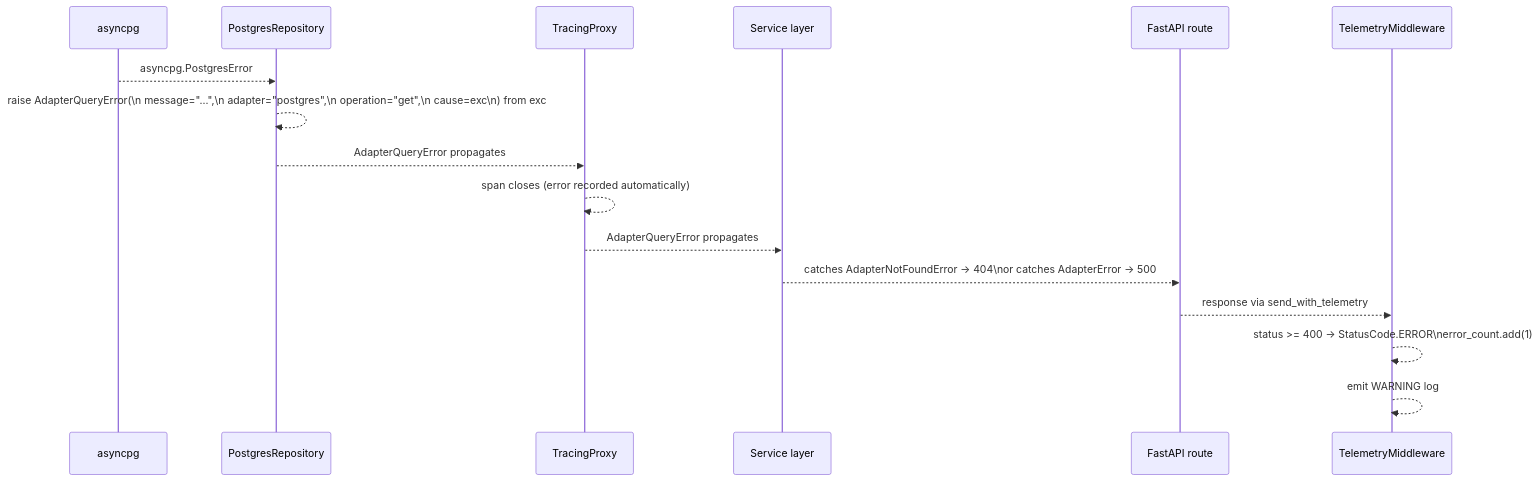
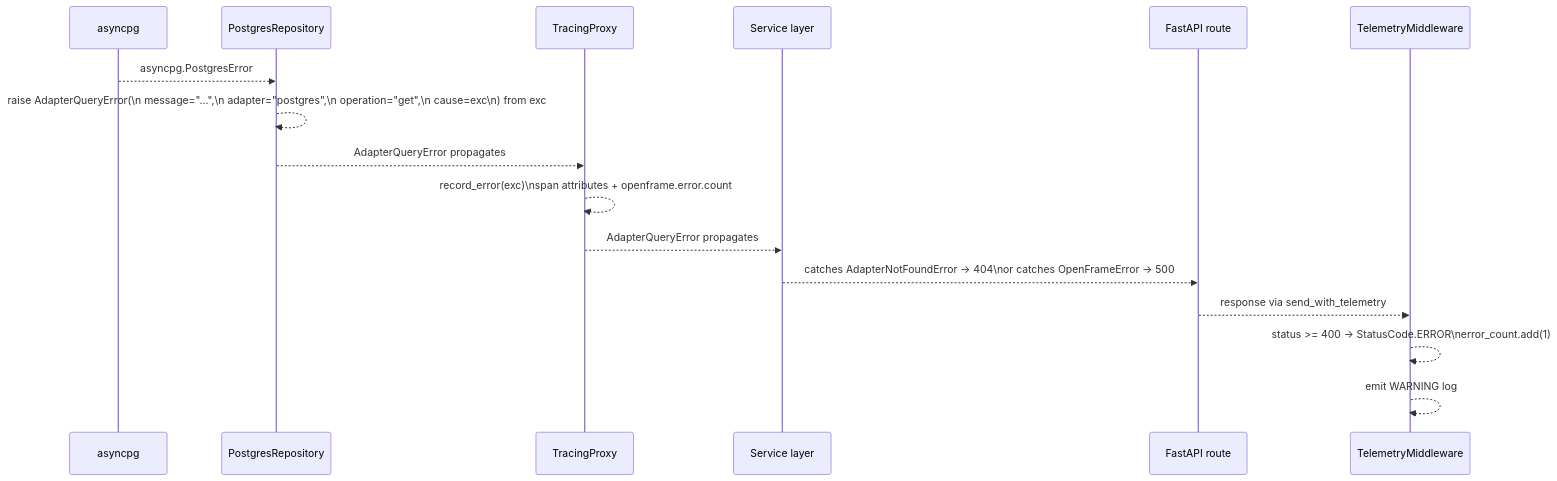
One commit to Furious-Meteors/openframe-core changed the diagram in docs/technical/architecture/package-journey/error-propagation.md. Above: the diagram before and after it, drawn with Mermaid. The commit also changed other lines of this file and 94 other files, not shown here.

````diff
--- a/docs/technical/architecture/package-journey/error-propagation.md
+++ b/docs/technical/architecture/package-journey/error-propagation.md
@@ -9,19 +9,19 @@
 ```mermaid
 sequenceDiagram
     participant DB as asyncpg
     participant AD as PostgresRepository
     participant TP as TracingProxy
     participant SVC as Service layer
     participant API as FastAPI route
     participant MW as TelemetryMiddleware
 
     DB-->>AD: asyncpg.PostgresError
     AD-->>AD: raise AdapterQueryError(\n  message="...",\n  adapter="postgres",\n  operation="get",\n  cause=exc\n) from exc
     AD-->>TP: AdapterQueryError propagates
-    TP-->>TP: span closes (error recorded automatically)
+    TP-->>TP: record_error(exc)\nspan attributes + openframe.error.count
     TP-->>SVC: AdapterQueryError propagates
-    SVC-->>API: catches AdapterNotFoundError → 404\nor catches AdapterError → 500
+    SVC-->>API: catches AdapterNotFoundError → 404\nor catches OpenFrameError → 500
     API-->>MW: response via send_with_telemetry
     MW-->>MW: status >= 400 → StatusCode.ERROR\nerror_count.add(1)
     MW-->>MW: emit WARNING log
 ```
````
